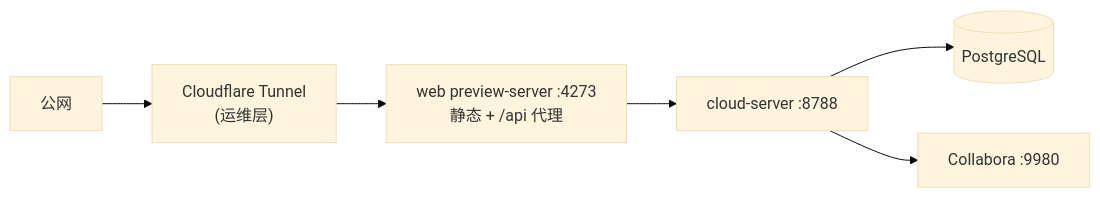
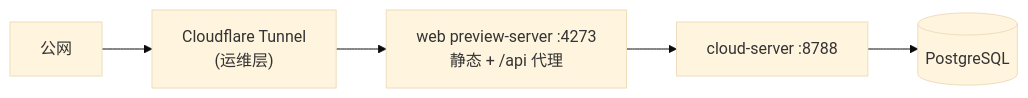
One commit to Hexuanfang/LawVerify changed the third of 15 diagrams in docs/system-architecture.md. Above: the diagram before and after it, drawn with Mermaid (base theme). The commit also changed other lines of this file and 20 other files, not shown here.

````diff
--- a/docs/system-architecture.md
+++ b/docs/system-architecture.md
@@ -166,8 +164,7 @@
 ```mermaid
 flowchart LR
   Internet["公网"] --> CF["Cloudflare Tunnel<br/>(运维层)"]
   CF --> W["web preview-server :4273<br/>静态 + /api 代理"]
   W --> C["cloud-server :8788"]
   C --> PG[("PostgreSQL")]
-  C --> Collab["Collabora :9980"]
 ```
````
